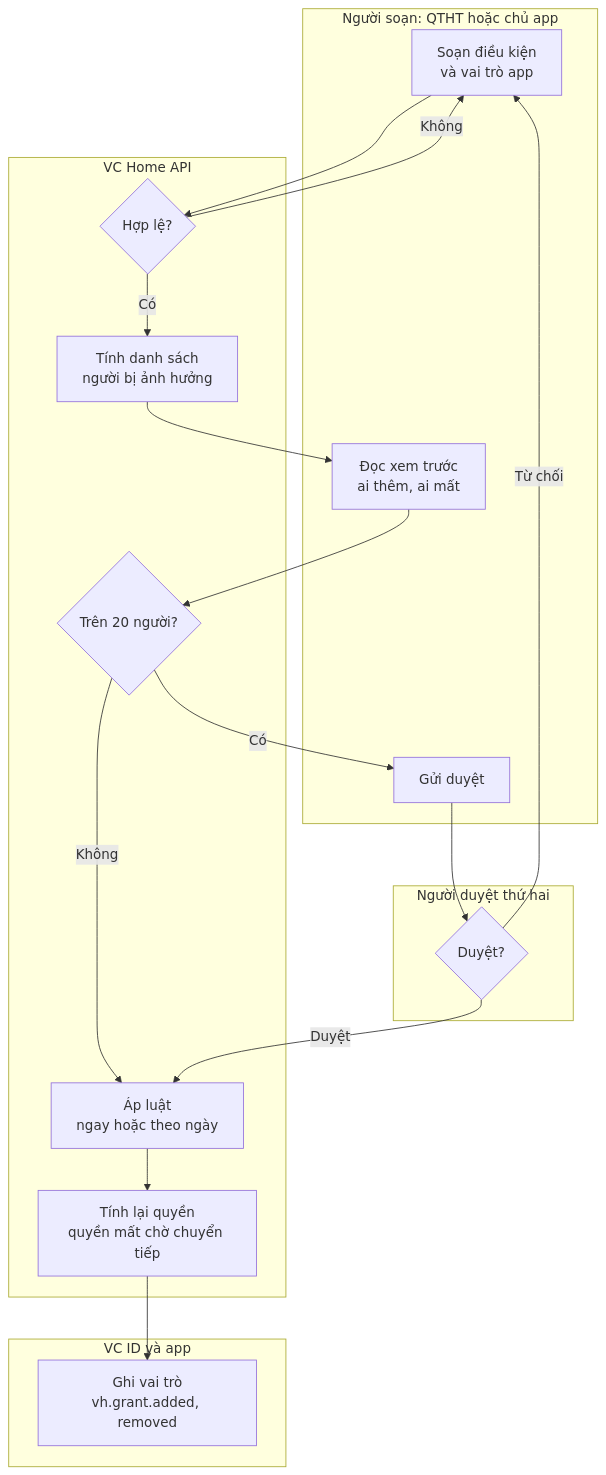
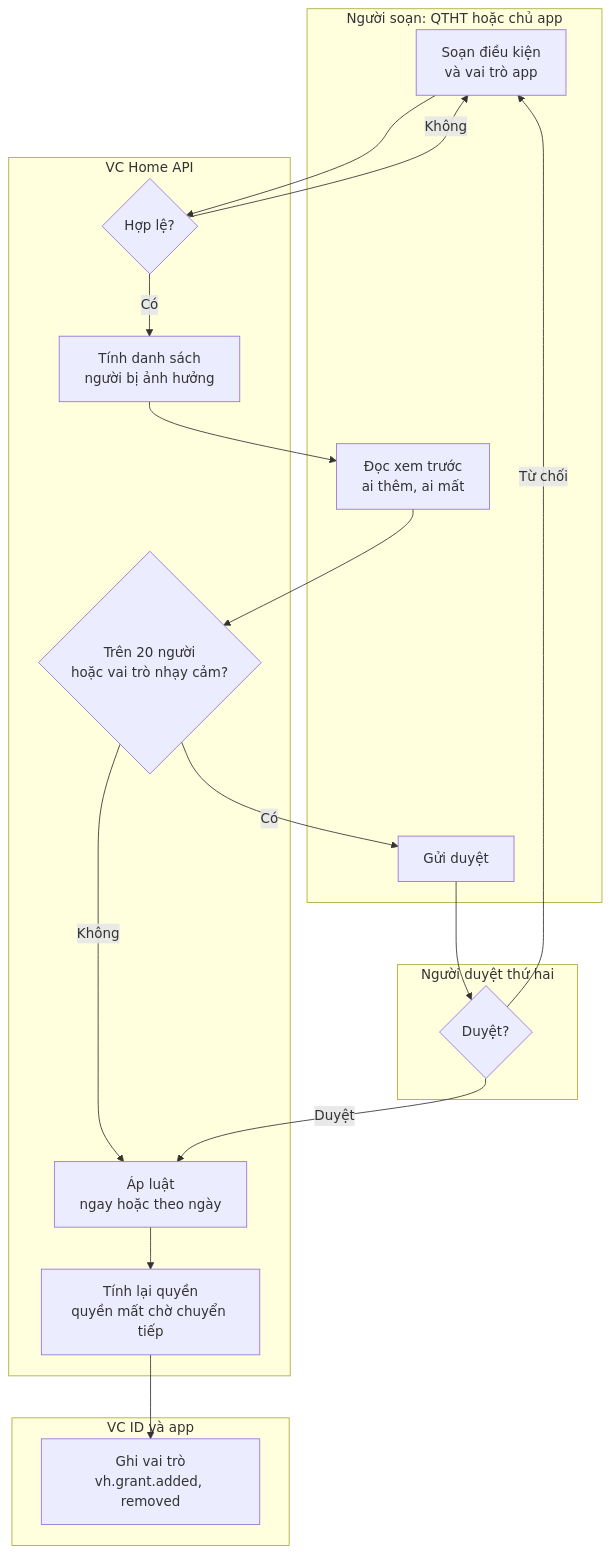
One commit to daoxuanson15072001/vc changed diagram 11 of 13 in docs/vc-home/03-quy-trinh.md. Above: the diagram before and after it, drawn with Mermaid. The commit also changed other lines of this file and 4 other files, not shown here.

````diff
--- a/docs/vc-home/03-quy-trinh.md
+++ b/docs/vc-home/03-quy-trinh.md
@@ -984,29 +985,29 @@
 ```mermaid
 flowchart TD
   subgraph NSL["Người soạn: QTHT hoặc chủ app"]
     S1["Soạn điều kiện<br/>và vai trò app"]
     S2["Đọc xem trước<br/>ai thêm, ai mất"]
     S3["Gửi duyệt"]
   end
   subgraph APIL["VC Home API"]
     A1{"Hợp lệ?"}
     A2["Tính danh sách<br/>người bị ảnh hưởng"]
-    A3{"Trên 20 người?"}
+    A3{"Trên 20 người<br/>hoặc vai trò nhạy cảm?"}
     A4["Áp luật<br/>ngay hoặc theo ngày"]
     A5["Tính lại quyền<br/>quyền mất chờ chuyển tiếp"]
   end
   subgraph NDL["Người duyệt thứ hai"]
     D1{"Duyệt?"}
   end
   subgraph VAL["VC ID và app"]
     V1["Ghi vai trò<br/>vh.grant.added, removed"]
   end
   S1 --> A1
   A1 -->|"Không"| S1
   A1 -->|"Có"| A2 --> S2 --> A3
   A3 -->|"Không"| A4
   A3 -->|"Có"| S3 --> D1
   D1 -->|"Duyệt"| A4
   D1 -->|"Từ chối"| S1
   A4 --> A5 --> V1
 ```
````
